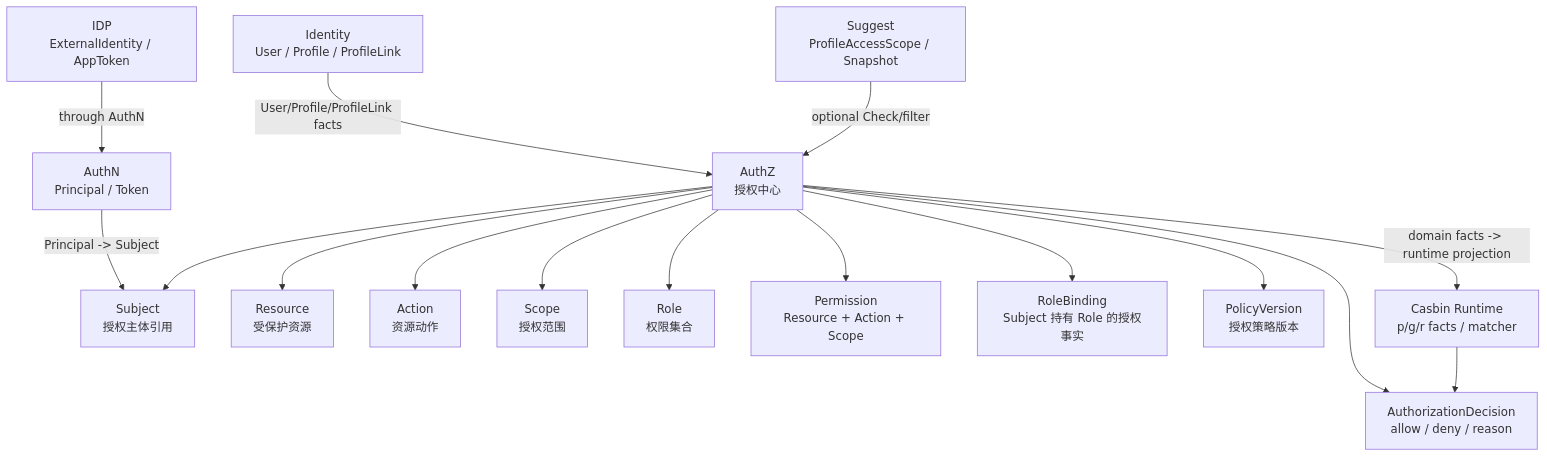
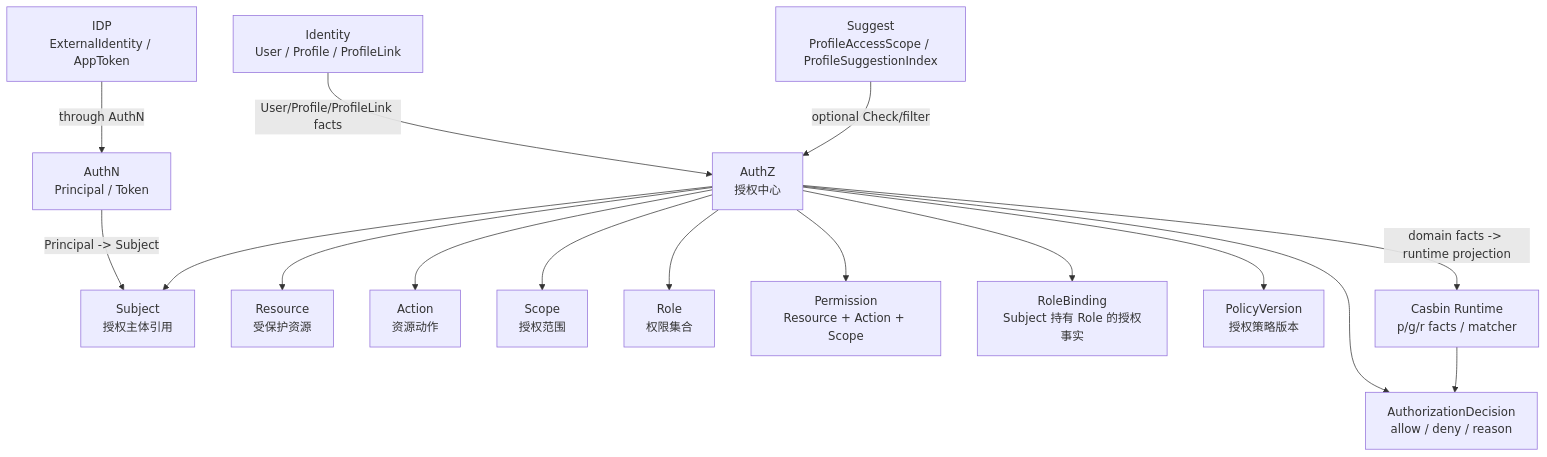
Before and after one commit to FangcunMount/iam: the diagram in docs/02-业务模块/03-AuthZ/README.md, drawn with Mermaid. The commit also changed other lines of this file and 141 other files, not shown here.

````diff
--- a/docs/02-业务模块/03-AuthZ/README.md
+++ b/docs/02-业务模块/03-AuthZ/README.md
@@ -119,37 +119,37 @@
 ```mermaid
 flowchart TD
     AuthZ["AuthZ\n授权中心"]
 
     Subject["Subject\n授权主体引用"]
     Resource["Resource\n受保护资源"]
     Action["Action\n资源动作"]
     Scope["Scope\n授权范围"]
     Role["Role\n权限集合"]
     Permission["Permission\nResource + Action + Scope"]
     RoleBinding["RoleBinding\nSubject 持有 Role 的授权事实"]
     PolicyVersion["PolicyVersion\n授权策略版本"]
     Decision["AuthorizationDecision\nallow / deny / reason"]
 
     AuthN["AuthN\nPrincipal / Token"]
     Identity["Identity\nUser / Profile / ProfileLink"]
     IDP["IDP\nExternalIdentity / AppToken"]
-    Suggest["Suggest\nProfileAccessScope / Snapshot"]
+    Suggest["Suggest\nProfileAccessScope / ProfileSuggestionIndex"]
     Runtime["Casbin Runtime\np/g/r facts / matcher"]
 
     AuthZ --> Subject
     AuthZ --> Resource
     AuthZ --> Action
     AuthZ --> Scope
     AuthZ --> Role
     AuthZ --> Permission
     AuthZ --> RoleBinding
     AuthZ --> PolicyVersion
     AuthZ --> Decision
 
     AuthN -->|Principal -> Subject| Subject
     Identity -->|User/Profile/ProfileLink facts| AuthZ
     IDP -->|through AuthN| AuthN
     Suggest -->|optional Check/filter| AuthZ
     AuthZ -->|domain facts -> runtime projection| Runtime
     Runtime --> Decision
 ```
````
